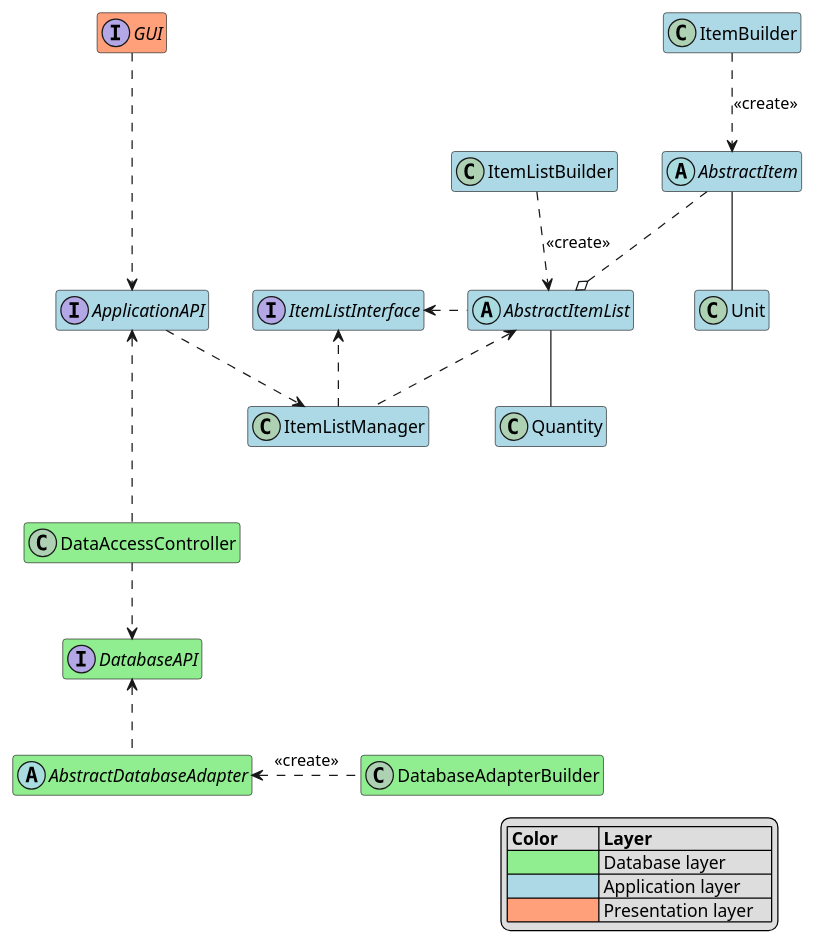
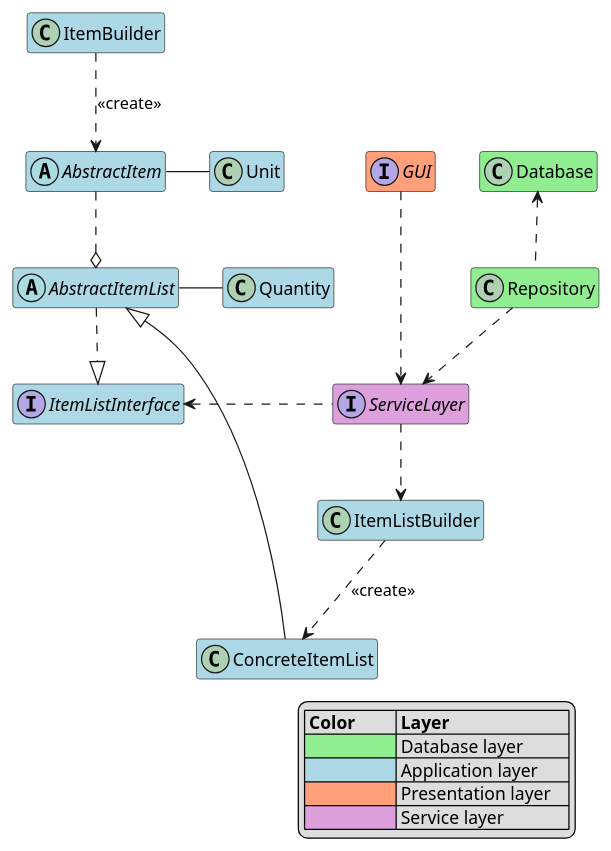
One commit to Uhgtred/Recipe_Shopping_List changed the diagram in Architecture/BlackboxViewApplication.puml. Above: the diagram before and after it, drawn with PlantUML. The commit also changed 2 other files, not shown here.

Commit message:
Slight refactoring of the architecture, adding a service layer instead of an api

```diff
--- a/Architecture/BlackboxViewApplication.puml
+++ b/Architecture/BlackboxViewApplication.puml
@@ -1,54 +1,49 @@
 @startuml
 hide empty members
 
 
-interface DatabaseAPI #lightgreen
+class Database #lightgreen
 
 
 interface GUI #lightsalmon
-GUI ...> ApplicationAPI
+GUI ...> ServiceLayer
 
 
 interface ItemListInterface #lightblue
 
 class ItemListBuilder #lightblue
-ItemListBuilder ..> AbstractItemList: <<create>>
+ItemListBuilder ..> ConcreteItemList: <<create>>
+
+class ConcreteItemList #lightblue
+ConcreteItemList -u-|> AbstractItemList
 
 class ItemBuilder #lightblue
 ItemBuilder ..> AbstractItem: <<create>>
 
 abstract class AbstractItem #lightblue
 AbstractItem ..o AbstractItemList
-AbstractItem -- Unit
+AbstractItem -r- Unit
 
-abstract class AbstractDatabaseAdapter #lightgreen
-AbstractDatabaseAdapter .u.> DatabaseAPI
+class Repository #lightgreen
+Repository .u.> Database
+Repository ..> ServiceLayer
 
-class DatabaseAdapterBuilder #lightgreen
-DatabaseAdapterBuilder .l.> AbstractDatabaseAdapter: <<create>>
-
-class ItemListManager #lightblue
-ItemListManager .u.> AbstractItemList
-ItemListManager ..> ItemListInterface
-
-class DataAccessController #lightgreen
-DataAccessController ..> DatabaseAPI
-DataAccessController ..u.> ApplicationAPI
-
-interface ApplicationAPI #lightblue
-ApplicationAPI ..> ItemListManager
+interface ServiceLayer #plum
+ServiceLayer .l.> ItemListInterface
+ServiceLayer ..> ItemListBuilder
 
 abstract class AbstractItemList #lightblue
-AbstractItemList .l.> ItemListInterface
-AbstractItemList -- Quantity
+AbstractItemList ..|> ItemListInterface
+AbstractItemList -r- Quantity
 
 class Quantity #lightblue
 
 class Unit #lightblue
 legend bottom right
 | **Color**         | **Layer**             |
 | <#lightgreen>     | Database layer        |
 | <#lightblue>      | Application layer     |
 | <#lightsalmon>    | Presentation layer    |
+| <#plum>           | Service layer         |
 end legend
 @enduml
```
